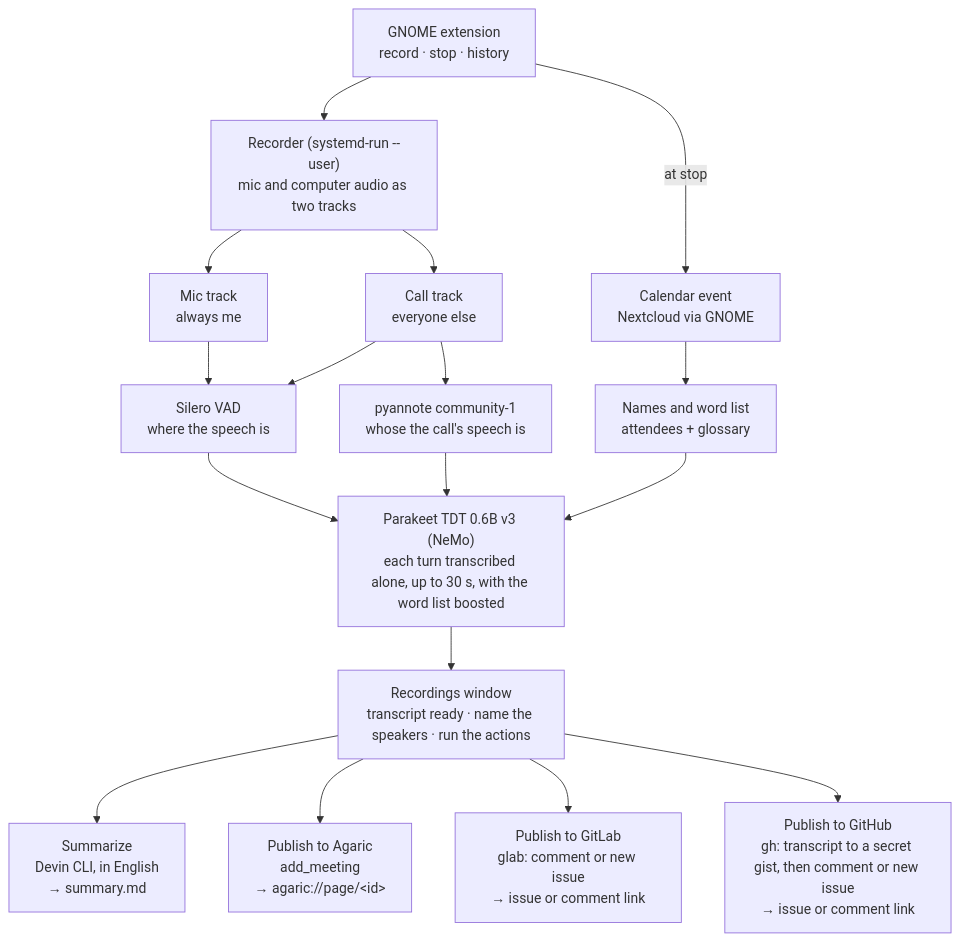
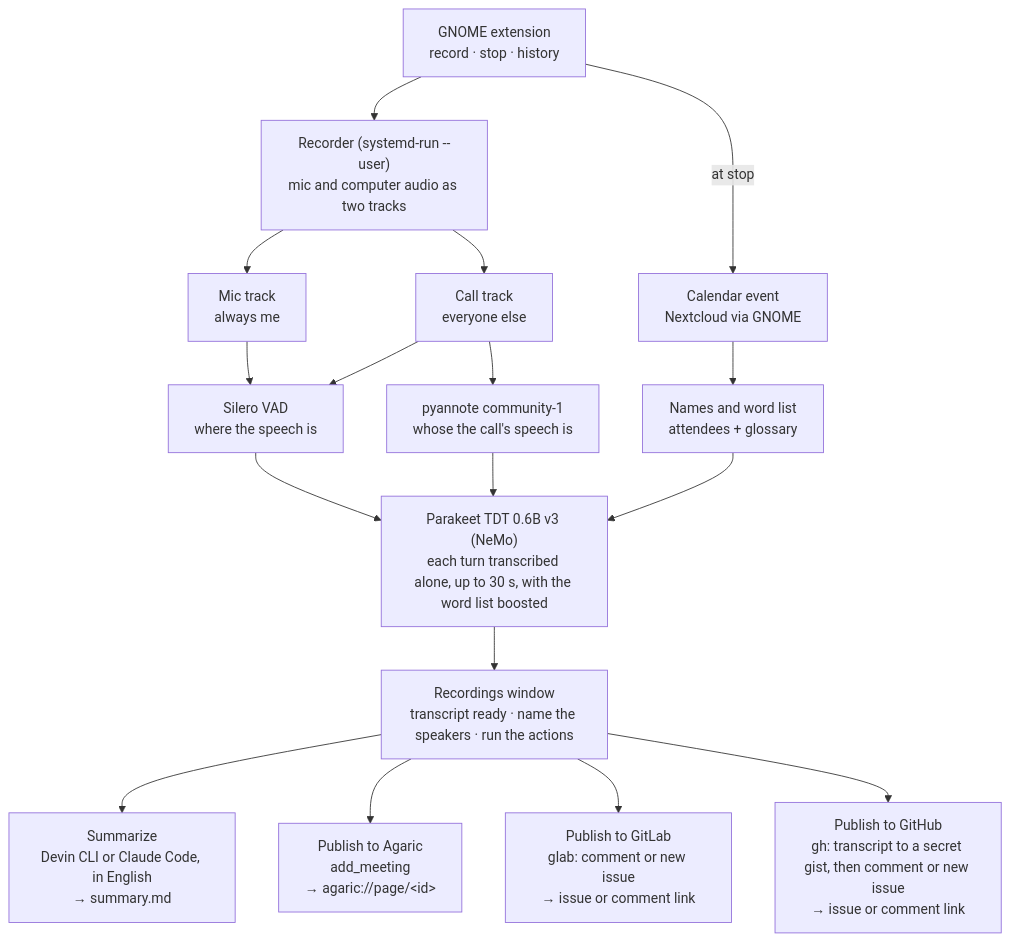
One commit to jfolcini/minutas changed the first of 2 diagrams in docs/design.md. Above: the diagram before and after it, drawn with Mermaid. The commit also changed other lines of this file and 11 other files, not shown here.

First line of the commit message:
feat(summarize): Claude Code as a second summarizer, with its model and effort (#84)

````diff
--- a/docs/design.md
+++ b/docs/design.md
@@ -50,34 +50,34 @@
 ```mermaid
 flowchart TD
     ext["GNOME extension<br/>record · stop · history"]
     rec["Recorder (systemd-run --user)<br/>mic and computer audio as two tracks"]
     mic["Mic track<br/>always me"]
     calltrack["Call track<br/>everyone else"]
     cal["Calendar event<br/>Nextcloud via GNOME"]
     vad["Silero VAD<br/>where the speech is"]
     diar["pyannote community-1<br/>whose the call's speech is"]
     words["Names and word list<br/>attendees + glossary"]
     asr["Parakeet TDT 0.6B v3 (NeMo)<br/>each turn transcribed alone, up to 30 s, with the word list boosted"]
     hist["Recordings window<br/>transcript ready · name the speakers · run the actions"]
-    sum["Summarize<br/>Devin CLI, in English<br/>→ summary.md"]
+    sum["Summarize<br/>Devin CLI or Claude Code, in English<br/>→ summary.md"]
     agaric["Publish to Agaric<br/>add_meeting<br/>→ agaric://page/&lt;id&gt;"]
     gitlab["Publish to GitLab<br/>glab: comment or new issue<br/>→ issue or comment link"]
     github["Publish to GitHub<br/>gh: transcript to a secret gist, then comment or new issue<br/>→ issue or comment link"]
 
     ext --> rec
     ext -- at stop --> cal
     rec --> mic
     rec --> calltrack
     mic --> vad
     calltrack --> vad
     calltrack --> diar
     cal --> words
     vad --> asr
     diar --> asr
     words --> asr
     asr --> hist
     hist --> sum
     hist --> agaric
     hist --> gitlab
     hist --> github
 ```
````
